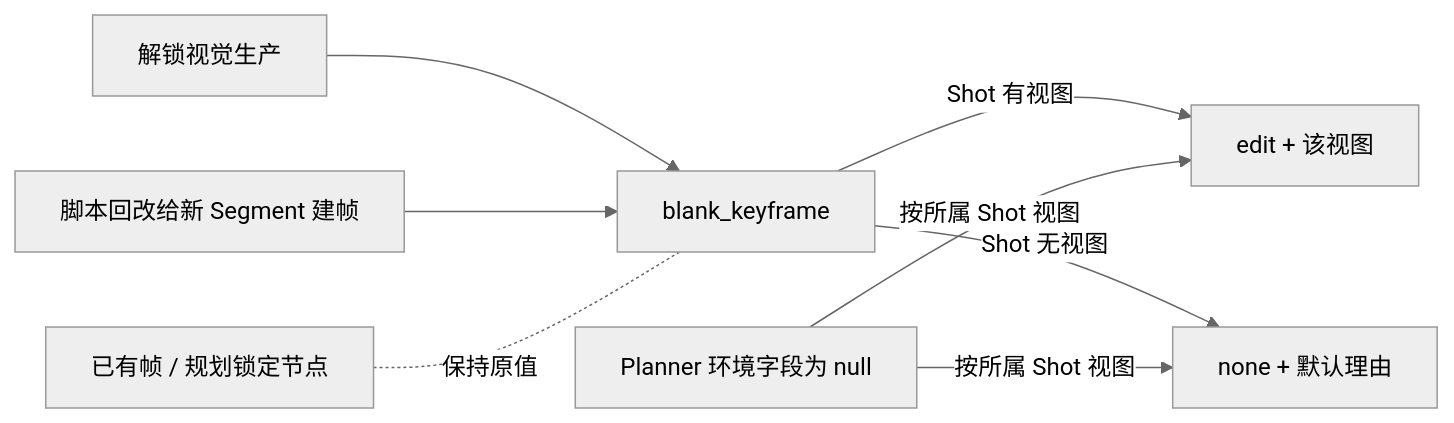
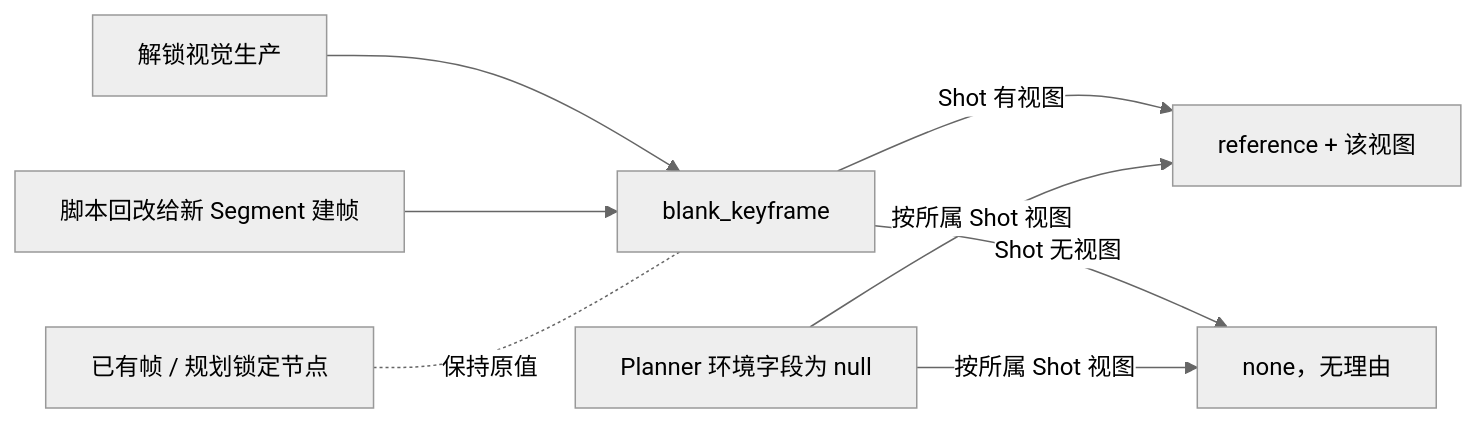
The third of 3 diagrams in core/structured_director/README.md (LJXLJXLJX/StoryRail), drawn with Mermaid (neutral theme) before and after one commit. The commit also changed other lines of this file and 26 other files, not shown here.

First line of the commit message:
feat(keyframe): 机位图软参考与 none 理由可选

````diff
--- a/core/structured_director/README.md
+++ b/core/structured_director/README.md
@@ -136,9 +136,9 @@
 ```mermaid
 flowchart LR
   U[解锁视觉生产] --> B[blank_keyframe]
   R[脚本回改给新 Segment 建帧] --> B
-  B -->|Shot 有视图| E[edit + 该视图]
-  B -->|Shot 无视图| N[none + 默认理由]
+  B -->|Shot 有视图| E[reference + 该视图]
+  B -->|Shot 无视图| N[none，无理由]
   P[Planner 环境字段为 null] -->|按所属 Shot 视图| E & N
   X[已有帧 / 规划锁定节点] -.保持原值.- B
 ```
````
